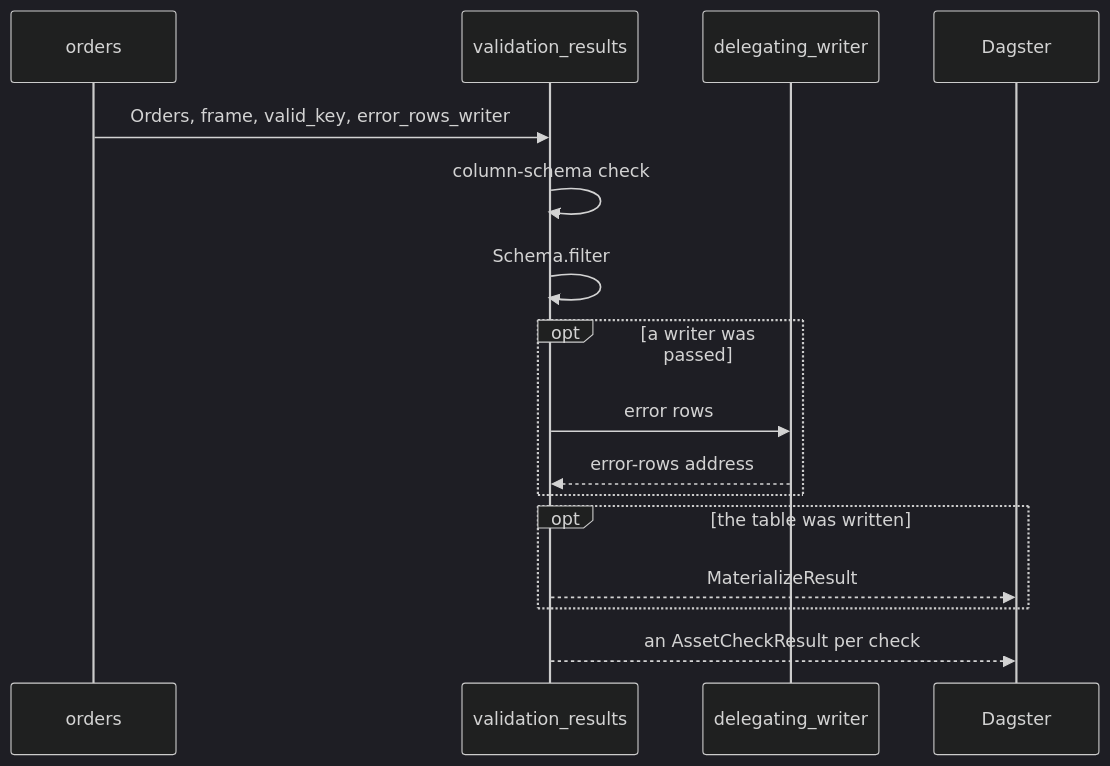
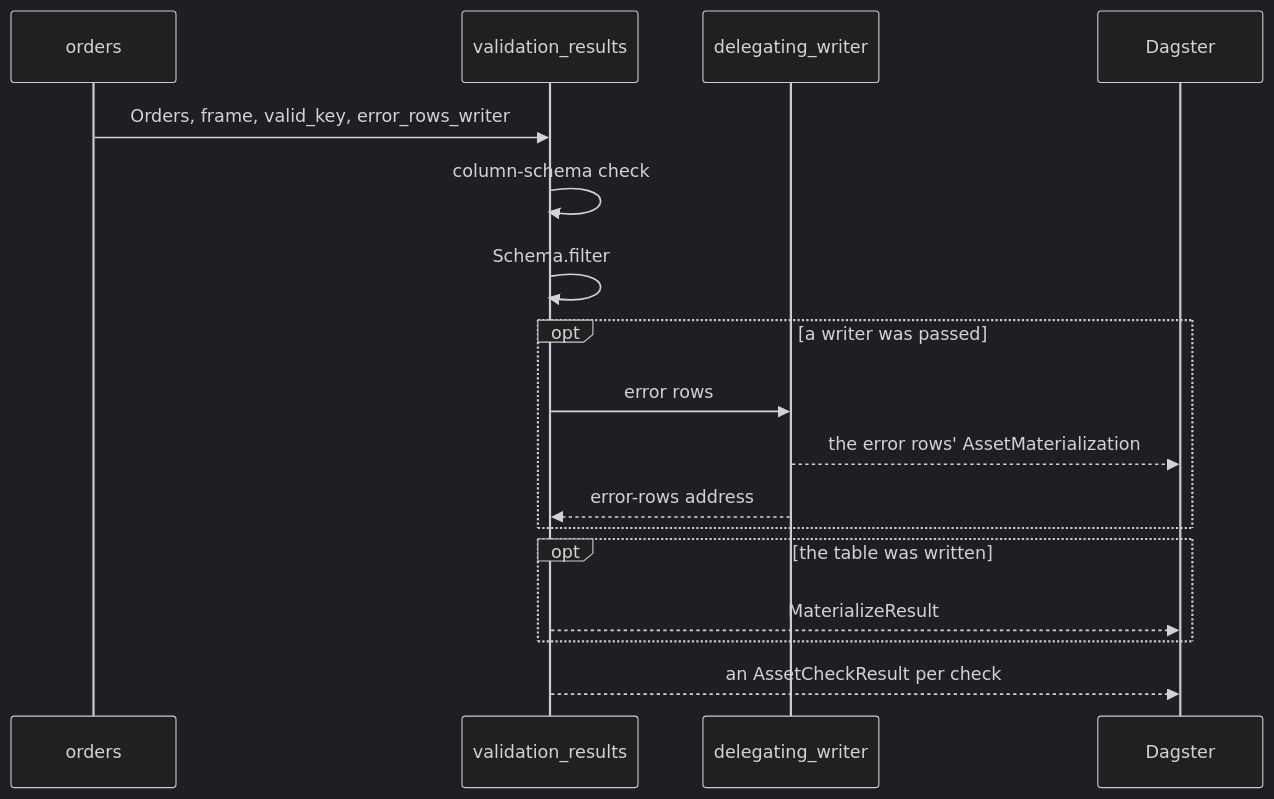
The second of 2 diagrams in user_guide/hand-wiring.qmd (ozanozbeker/dagster-dataframely), drawn with Mermaid (dark theme) before and after one commit. The commit also changed other lines of this file and 19 other files, not shown here.

First line of the commit message:
feat!: log a materialization for the error rows after each write

````diff
--- a/user_guide/hand-wiring.qmd
+++ b/user_guide/hand-wiring.qmd
@@ -146,19 +147,20 @@
 ```{mermaid}
 %%| label: hand-wiring-sequence
 sequenceDiagram
     participant A as orders
     participant V as validation_results
     participant W as delegating_writer
     participant D as Dagster
     A->>V: Orders, frame, valid_key, error_rows_writer
     V->>V: column-schema check
     V->>V: Schema.filter
     opt a writer was passed
         V->>W: error rows
+        W-->>D: the error rows' AssetMaterialization
         W-->>V: error-rows address
     end
     opt the table was written
         V-->>D: MaterializeResult
     end
     V-->>D: an AssetCheckResult per check
 ```
````
